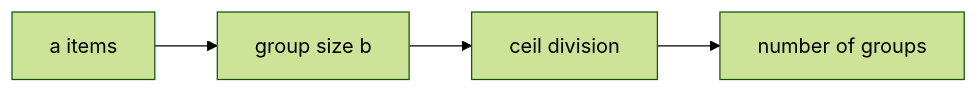
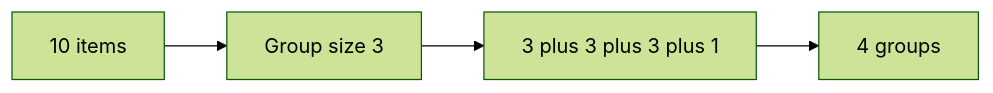
The second of 14 diagrams in CP_DSA_NOTES/000_MATH/001_cp_maths_basics.md (mthaiseer/springcloud-systemdesign-notes), drawn with Mermaid (forest theme) before and after one commit. The commit also changed other lines of this file and 1 other file, not shown here.

````diff
--- a/CP_DSA_NOTES/000_MATH/001_cp_maths_basics.md
+++ b/CP_DSA_NOTES/000_MATH/001_cp_maths_basics.md
@@ -42,6 +41,6 @@
 ```mermaid
 flowchart LR
-    A[a items] --> B[group size b]
-    B --> C[ceil division]
-    C --> D[number of groups]
+    A[10 items] --> B[Group size 3]
+    B --> C[3 plus 3 plus 3 plus 1]
+    C --> D[4 groups]
 ```
````
